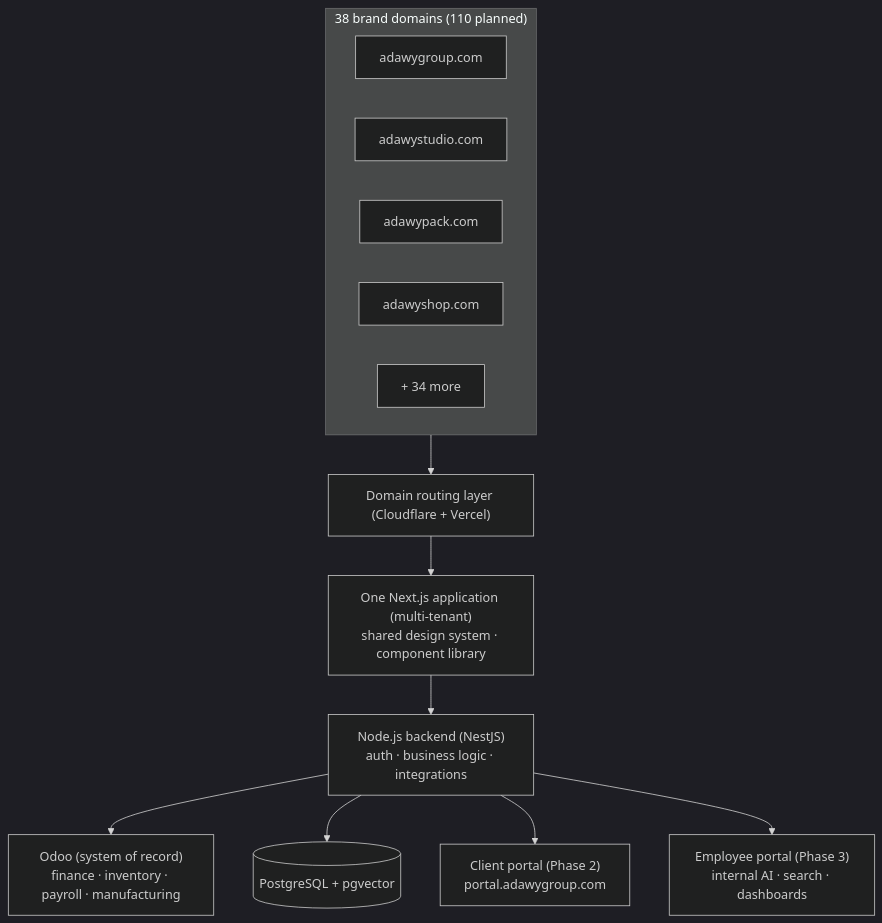
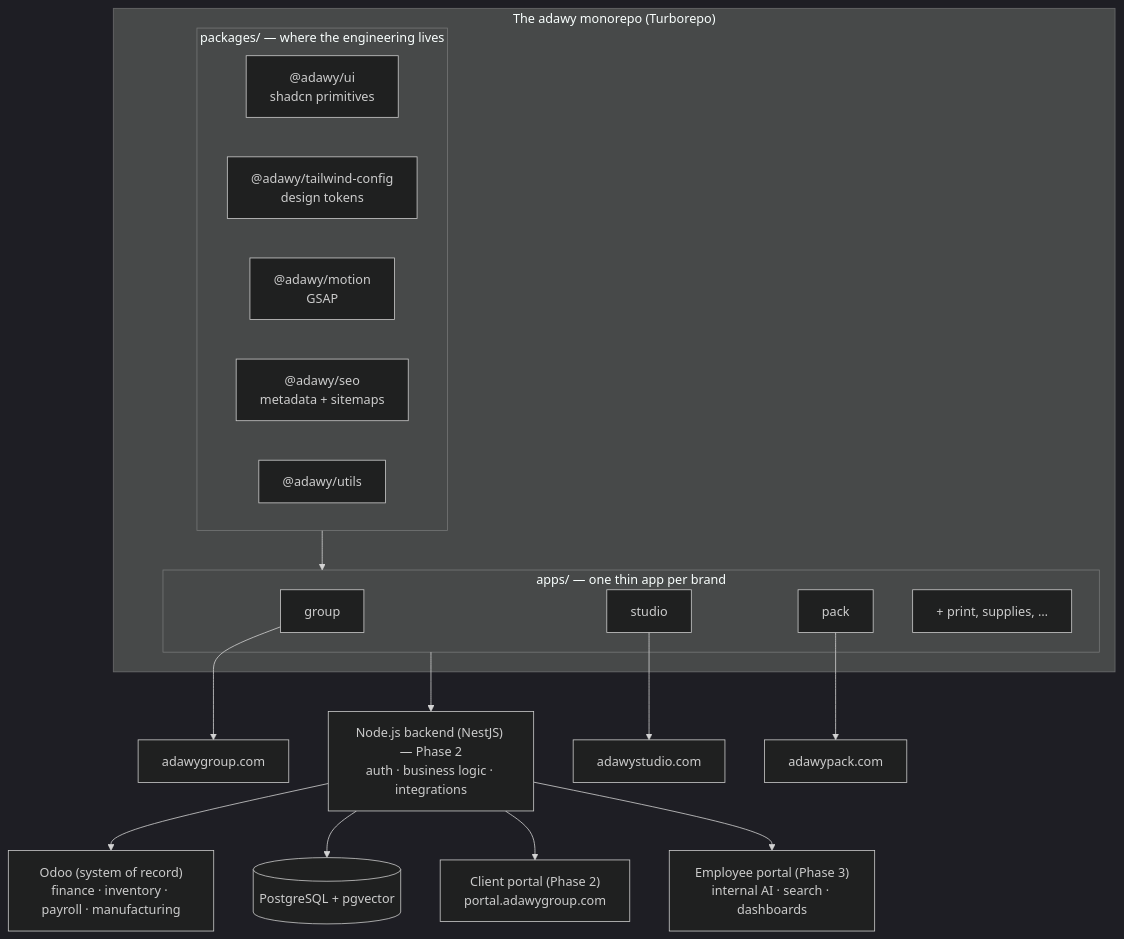
Before and after one commit to Adawy-Group/adawy-technical-docs: the diagram in content/architecture/index.mdx, drawn with Mermaid (dark theme). The commit also changed other lines of this file and 11 other files, not shown here.

First line of the commit message:
Document the real platform structure: Turborepo monorepo with thin brand apps

````diff
--- a/content/architecture/index.mdx
+++ b/content/architecture/index.mdx
@@ -12,17 +12,27 @@
 ```mermaid
 flowchart TD
-    subgraph Domains["38 brand domains (110 planned)"]
-        D1[adawygroup.com]
-        D2[adawystudio.com]
-        D3[adawypack.com]
-        D4[adawyshop.com]
-        D5[+ 34 more]
+    subgraph MONO["The adawy monorepo (Turborepo)"]
+        subgraph PKGS["packages/ — where the engineering lives"]
+            UI["@adawy/ui\nshadcn primitives"]
+            TW["@adawy/tailwind-config\ndesign tokens"]
+            MO["@adawy/motion\nGSAP"]
+            SEOP["@adawy/seo\nmetadata + sitemaps"]
+            UT["@adawy/utils"]
+        end
+        subgraph APPS["apps/ — one thin app per brand"]
+            G["group"]
+            S["studio"]
+            P["pack"]
+            N["+ print, supplies, …"]
+        end
+        PKGS --> APPS
     end
-    Domains --> R["Domain routing layer (Cloudflare + Vercel)"]
-    R --> APP["One Next.js application (multi-tenant)\nshared design system · component library"]
-    APP --> BE["Node.js backend (NestJS)\nauth · business logic · integrations"]
+    G --> DG["adawygroup.com"]
+    S --> DS["adawystudio.com"]
+    P --> DP["adawypack.com"]
+    APPS --> BE["Node.js backend (NestJS) — Phase 2\nauth · business logic · integrations"]
     BE --> ODOO["Odoo (system of record)\nfinance · inventory · payroll · manufacturing"]
     BE --> DB[("PostgreSQL + pgvector")]
     BE --> PORTAL["Client portal (Phase 2)\nportal.adawygroup.com"]
     BE --> EMP["Employee portal (Phase 3)\ninternal AI · search · dashboards"]
 ```
````
